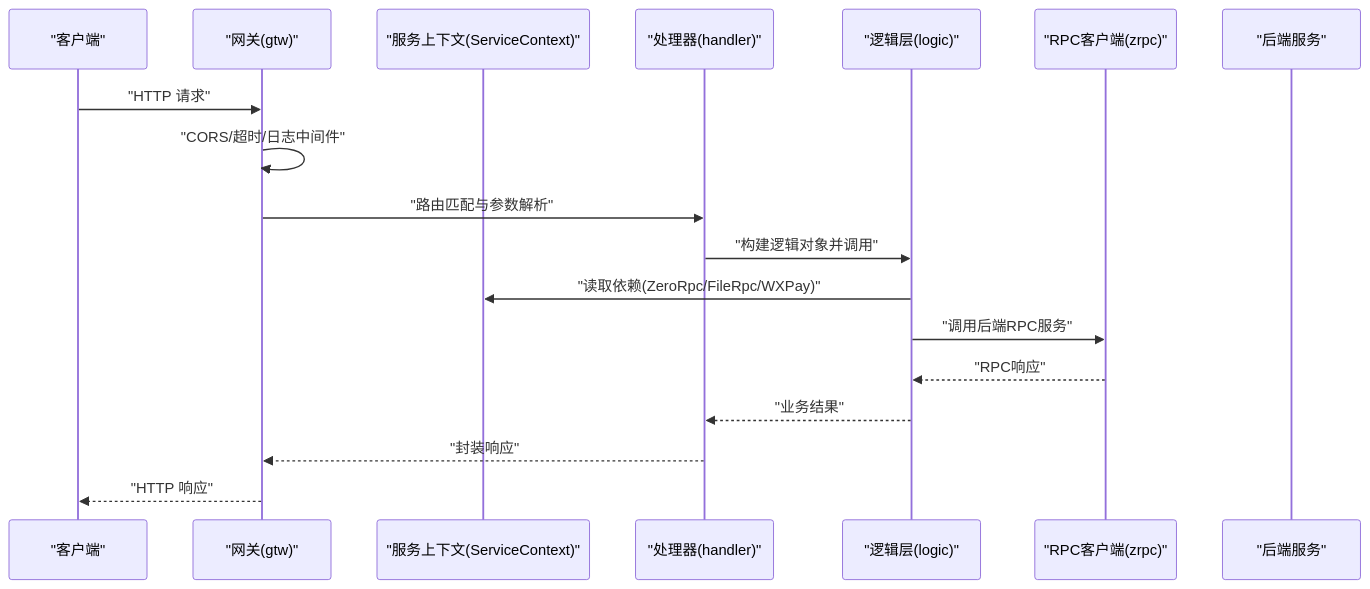
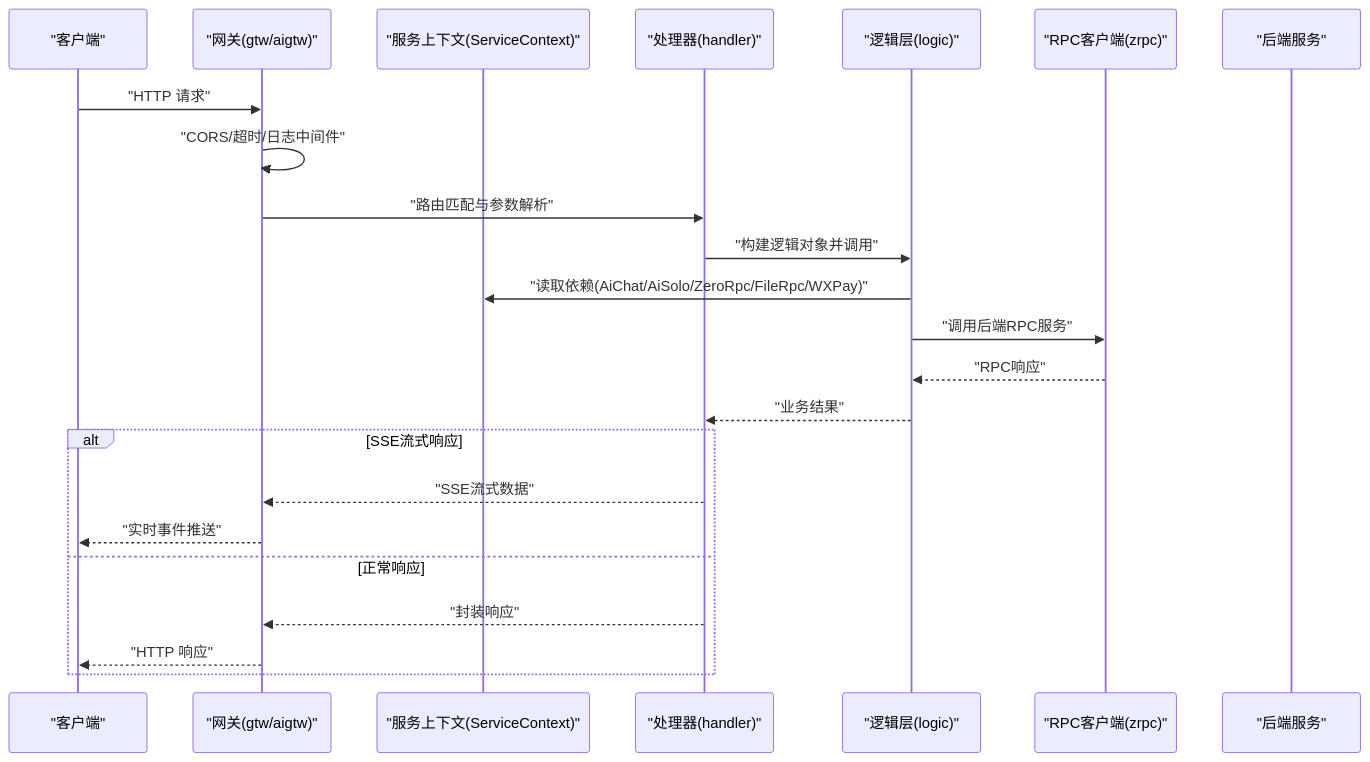
One commit to maomao94/zero-service changed the second of 8 diagrams in .qoder/repowiki/zh/content/网关与接口/BFF网关/BFF网关.md. Above: the diagram before and after it, drawn with Mermaid. The commit also changed other lines of this file and 58 other files, not shown here.

````diff
--- a/.qoder/repowiki/zh/content/网关与接口/BFF网关/BFF网关.md
+++ b/.qoder/repowiki/zh/content/网关与接口/BFF网关/BFF网关.md
@@ -110,20 +161,25 @@
 ```mermaid
 sequenceDiagram
 participant Client as "客户端"
-participant Gateway as "网关(gtw)"
+participant Gateway as "网关(gtw/aigtw)"
 participant Ctx as "服务上下文(ServiceContext)"
 participant Handler as "处理器(handler)"
 participant Logic as "逻辑层(logic)"
 participant RPC as "RPC客户端(zrpc)"
 participant Backend as "后端服务"
 Client->>Gateway : "HTTP 请求"
 Gateway->>Gateway : "CORS/超时/日志中间件"
 Gateway->>Handler : "路由匹配与参数解析"
 Handler->>Logic : "构建逻辑对象并调用"
-Logic->>Ctx : "读取依赖(ZeroRpc/FileRpc/WXPay)"
+Logic->>Ctx : "读取依赖(AiChat/AiSolo/ZeroRpc/FileRpc/WXPay)"
 Logic->>RPC : "调用后端RPC服务"
 RPC-->>Logic : "RPC响应"
 Logic-->>Handler : "业务结果"
+alt SSE流式响应
+Handler-->>Gateway : "SSE流式数据"
+Gateway-->>Client : "实时事件推送"
+else 正常响应
 Handler-->>Gateway : "封装响应"
 Gateway-->>Client : "HTTP 响应"
+end
 ```
````
